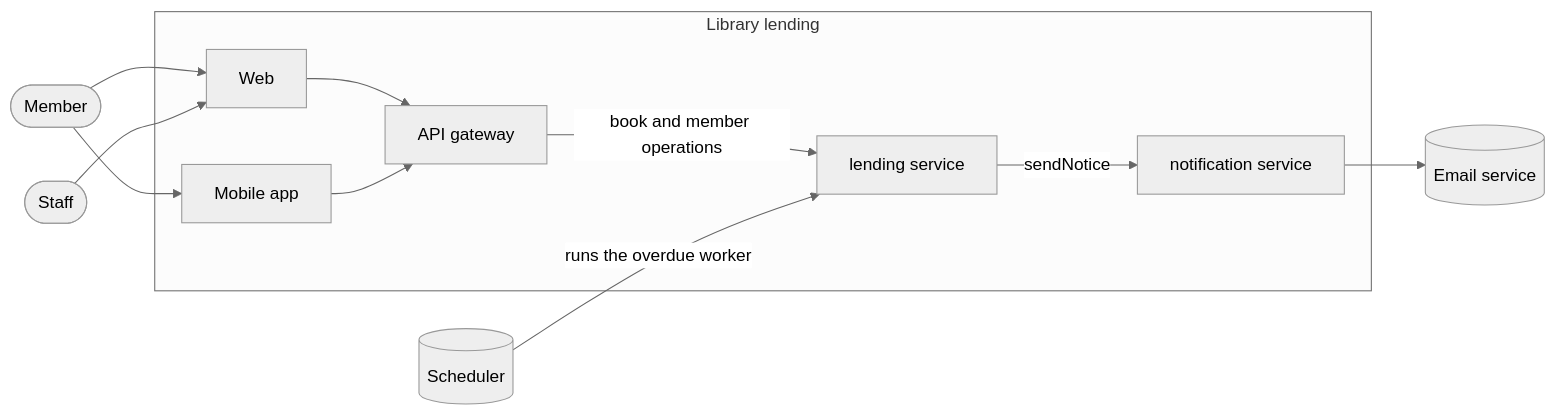
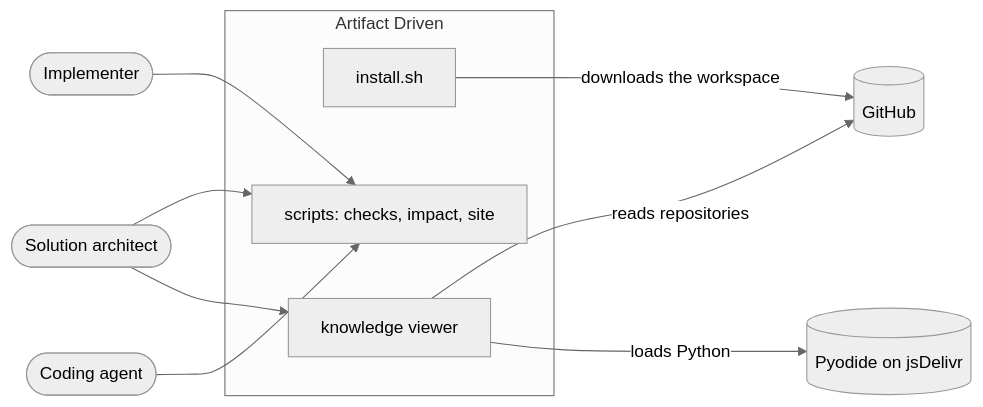
One commit to hieutran21198/Artifact-Driven-Framework changed the diagram in docs/software-knowledges/system/context.md. Above: the diagram before and after it, drawn with Mermaid (neutral theme). The commit also changed other lines of this file and 57 other files, not shown here.

Commit message:
Move the library sample into template/ and add install.sh to create a workspace (#6)

````diff
--- a/docs/software-knowledges/system/context.md
+++ b/docs/software-knowledges/system/context.md
@@ -7,24 +8,21 @@
 ```mermaid
 flowchart LR
-    member([Member])
-    staff([Staff])
+    architect([Solution architect])
+    dev([Implementer])
+    agent([Coding agent])
 
-    subgraph product [Library lending]
-        web[Web]
-        mobile[Mobile app]
-        gateway[API gateway]
-        lending[lending service]
-        notification[notification service]
+    subgraph framework [Artifact Driven]
+        install[install.sh]
+        scripts[scripts: checks, impact, site]
+        viewer[knowledge viewer]
     end
 
-    scheduler[(Scheduler)]
-    email[(Email service)]
+    github[(GitHub)]
+    pyodide[(Pyodide on jsDelivr)]
 
-    member --> web & mobile
-    staff --> web
-    web & mobile --> gateway
-    gateway -- "book and member operations" --> lending
-    scheduler -- "runs the overdue worker" --> lending
-    lending -- "sendNotice" --> notification
-    notification --> email
+    architect & dev & agent --> scripts
+    architect --> viewer
+    install -- "downloads the workspace" --> github
+    viewer -- "reads repositories" --> github
+    viewer -- "loads Python" --> pyodide
 ```
````
